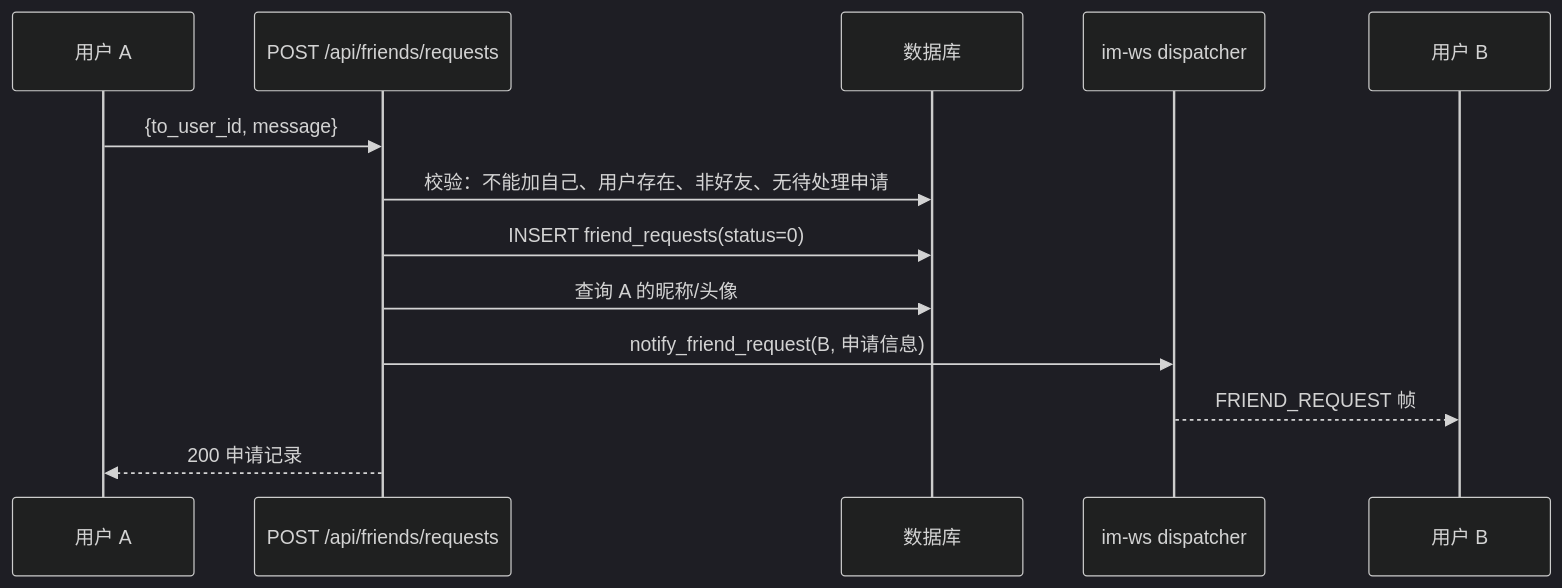
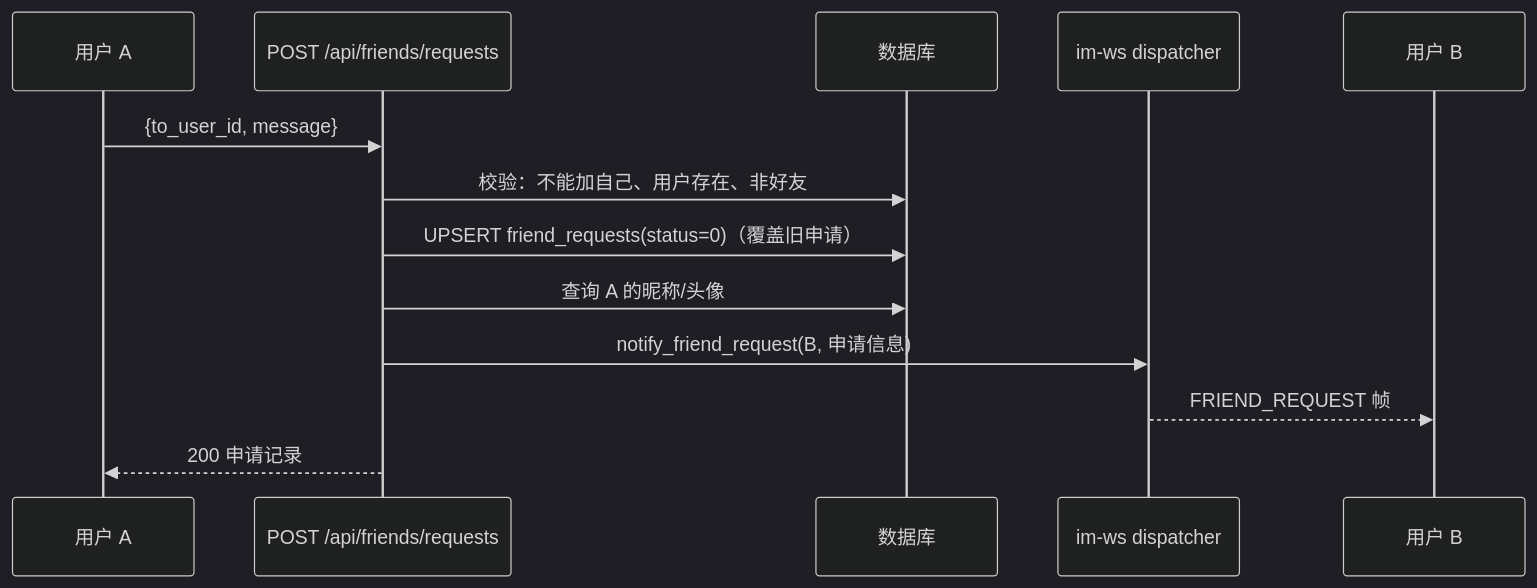
One commit to toly1994328/flash_im_by_ai changed the second of 4 diagrams in docs/features/im/friend/v0.0.1/server/design.md. Above: the diagram before and after it, drawn with Mermaid (dark theme). The commit also changed other lines of this file and 41 other files, not shown here.

````diff
--- a/docs/features/im/friend/v0.0.1/server/design.md
+++ b/docs/features/im/friend/v0.0.1/server/design.md
@@ -216,16 +238,16 @@
 ```mermaid
 sequenceDiagram
     participant A as 用户 A
     participant API as POST /api/friends/requests
     participant DB as 数据库
     participant WS as im-ws dispatcher
     participant B as 用户 B
 
     A->>API: {to_user_id, message}
-    API->>DB: 校验：不能加自己、用户存在、非好友、无待处理申请
-    API->>DB: INSERT friend_requests(status=0)
+    API->>DB: 校验：不能加自己、用户存在、非好友
+    API->>DB: UPSERT friend_requests(status=0)（覆盖旧申请）
     API->>DB: 查询 A 的昵称/头像
     API->>WS: notify_friend_request(B, 申请信息)
     WS-->>B: FRIEND_REQUEST 帧
     API-->>A: 200 申请记录
 ```
````
